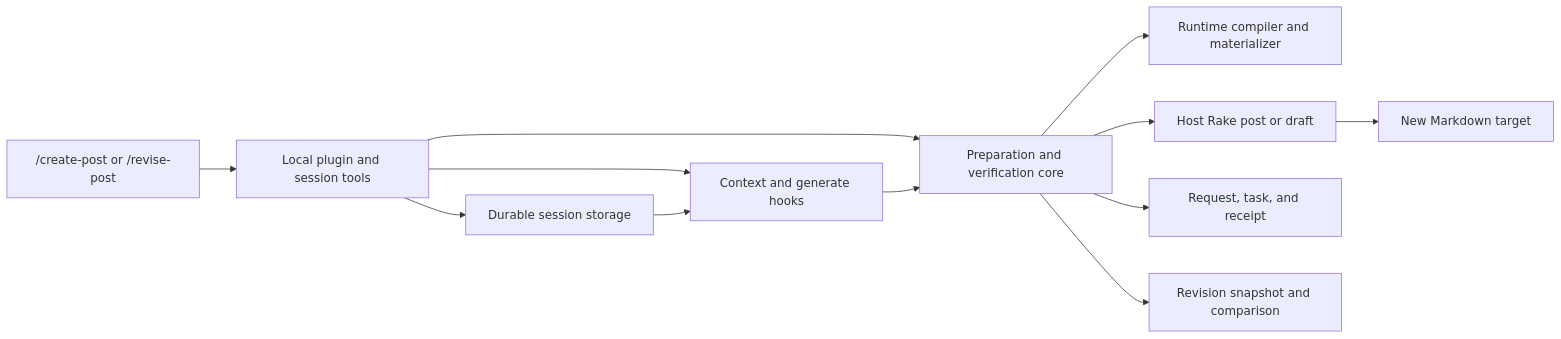
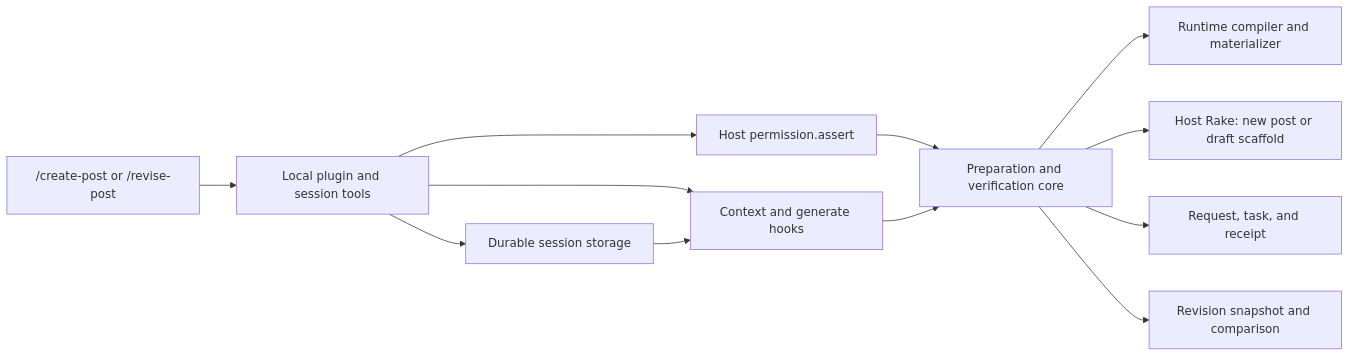
The diagram in wiki/modules/governed-post-authoring.md (theclue/gabrielebaldassarre.com), drawn with Mermaid before and after one commit. The commit also changed other lines of this file and 30 other files, not shown here.

````diff
--- a/wiki/modules/governed-post-authoring.md
+++ b/wiki/modules/governed-post-authoring.md
@@ -72,14 +79,14 @@
 ```mermaid
 graph LR
     Command["/create-post or /revise-post"] --> Plugin["Local plugin and session tools"]
-    Plugin --> Core["Preparation and verification core"]
+    Plugin --> Permission["Host permission.assert"]
+    Permission --> Core["Preparation and verification core"]
     Core --> Runtime["Runtime compiler and materializer"]
-    Core --> Rake["Host Rake post or draft"]
-    Rake --> Target["New Markdown target"]
+    Core --> Rake["Host Rake: new post or draft scaffold"]
     Core --> Evidence["Request, task, and receipt"]
     Core --> Revision["Revision snapshot and comparison"]
     Plugin --> Storage["Durable session storage"]
     Plugin --> Hooks["Context and generate hooks"]
     Storage --> Hooks
     Hooks --> Core
 ```
````
